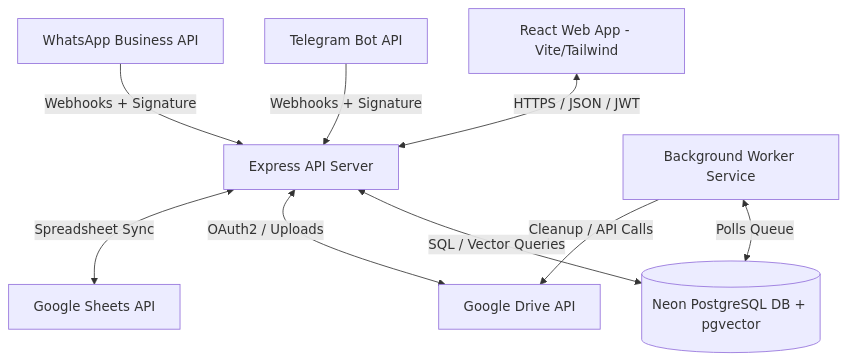
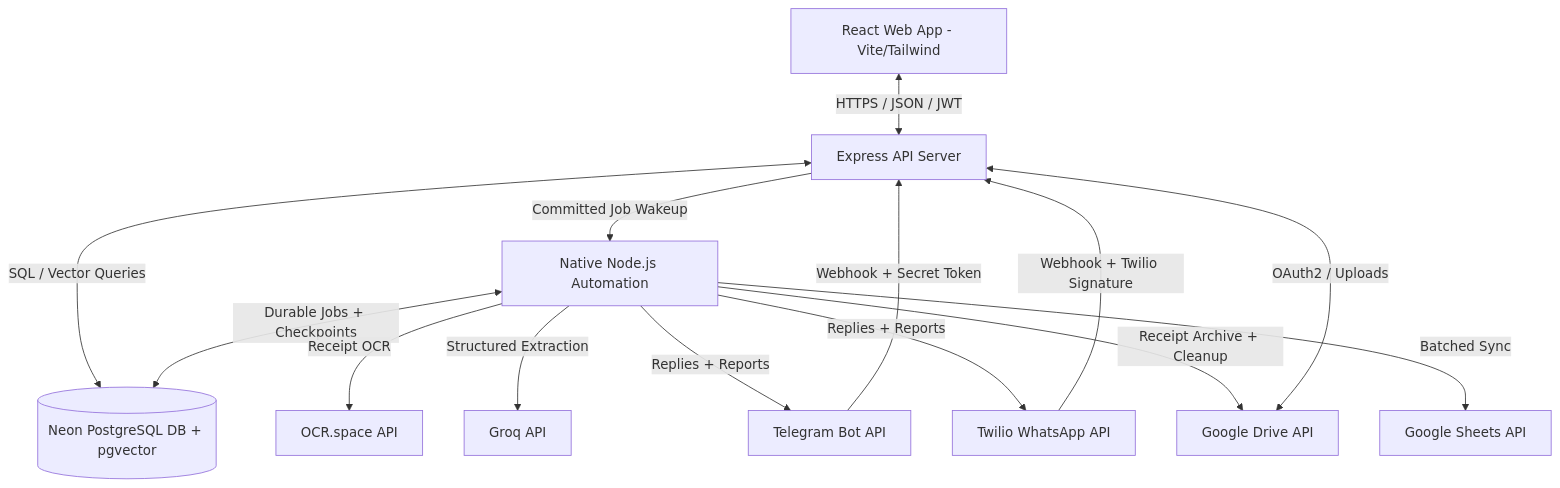
Before and after one commit to Osman-bin-nasir/SPARK: the first of 2 diagrams in README.md, drawn with Mermaid. The commit also changed other lines of this file, not shown here.

Commit message:
Document migration from n8n to native backend automation

````diff
--- a/README.md
+++ b/README.md
@@ -97,13 +108,16 @@
 ```mermaid
 graph TD
     Client[React Web App - Vite/Tailwind] <-->|HTTPS / JSON / JWT| API[Express API Server]
     API <-->|SQL / Vector Queries| DB[(Neon PostgreSQL DB + pgvector)]
-    Worker[Background Worker Service] <-->|Polls Queue| DB
-    Worker -->|Cleanup / API Calls| GD[Google Drive API]
-    
-    TelegramBot[Telegram Bot API] -->|Webhooks + Signature| API
-    WhatsAppBot[WhatsApp Business API] -->|Webhooks + Signature| API
-    
+    TelegramBot[Telegram Bot API] -->|Webhook + Secret Token| API
+    WhatsAppBot[Twilio WhatsApp API] -->|Webhook + Twilio Signature| API
+    API -->|Committed Job Wakeup| Automation[Native Node.js Automation]
+    Automation <-->|Durable Jobs + Checkpoints| DB
+    Automation -->|Receipt OCR| OCR[OCR.space API]
+    Automation -->|Structured Extraction| AI[Groq API]
+    Automation -->|Replies + Reports| TelegramBot
+    Automation -->|Replies + Reports| WhatsAppBot
+    Automation -->|Receipt Archive + Cleanup| GD[Google Drive API]
+    Automation -->|Batched Sync| GS[Google Sheets API]
     API <-->|OAuth2 / Uploads| GD
-    API <-->|Spreadsheet Sync| GS[Google Sheets API]
 ```
````
